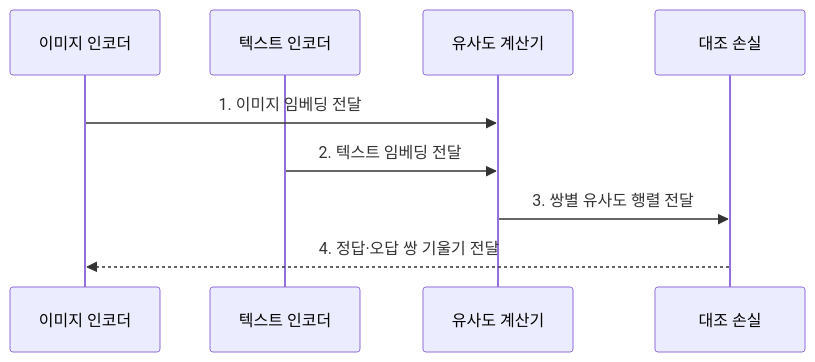
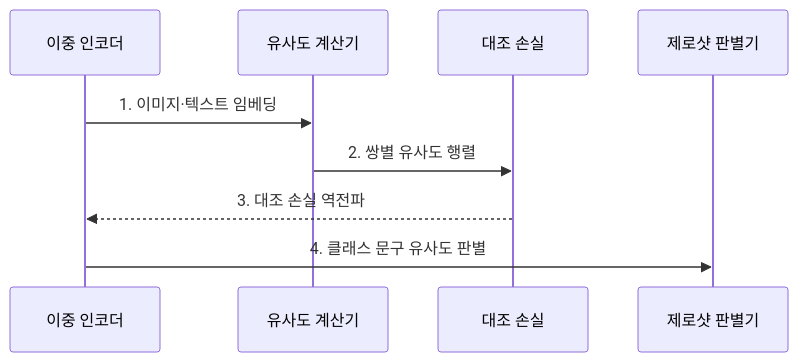
The second of 2 diagrams in src/content/docs/notes/08-latest-tech/089_clip.md (agnusdei1207/knowledge-base), drawn with Mermaid before and after one commit. The commit also changed other lines of this file and 225 other files, not shown here.

````diff
--- a/src/content/docs/notes/08-latest-tech/089_clip.md
+++ b/src/content/docs/notes/08-latest-tech/089_clip.md
@@ -79,11 +79,11 @@
 ```mermaid
 sequenceDiagram
-    participant I as 이미지 인코더
-    participant T as 텍스트 인코더
+    participant X as 이중 인코더
     participant S as 유사도 계산기
     participant C as 대조 손실
-    I->>S: 1. 이미지 임베딩 전달
-    T->>S: 2. 텍스트 임베딩 전달
-    S->>C: 3. 쌍별 유사도 행렬 전달
-    C-->>I: 4. 정답·오답 쌍 기울기 전달
+    participant Z as 제로샷 판별기
+    X->>S: 1. 이미지·텍스트 임베딩
+    S->>C: 2. 쌍별 유사도 행렬
+    C-->>X: 3. 대조 손실 역전파
+    X->>Z: 4. 클래스 문구 유사도 판별
 ```
````
